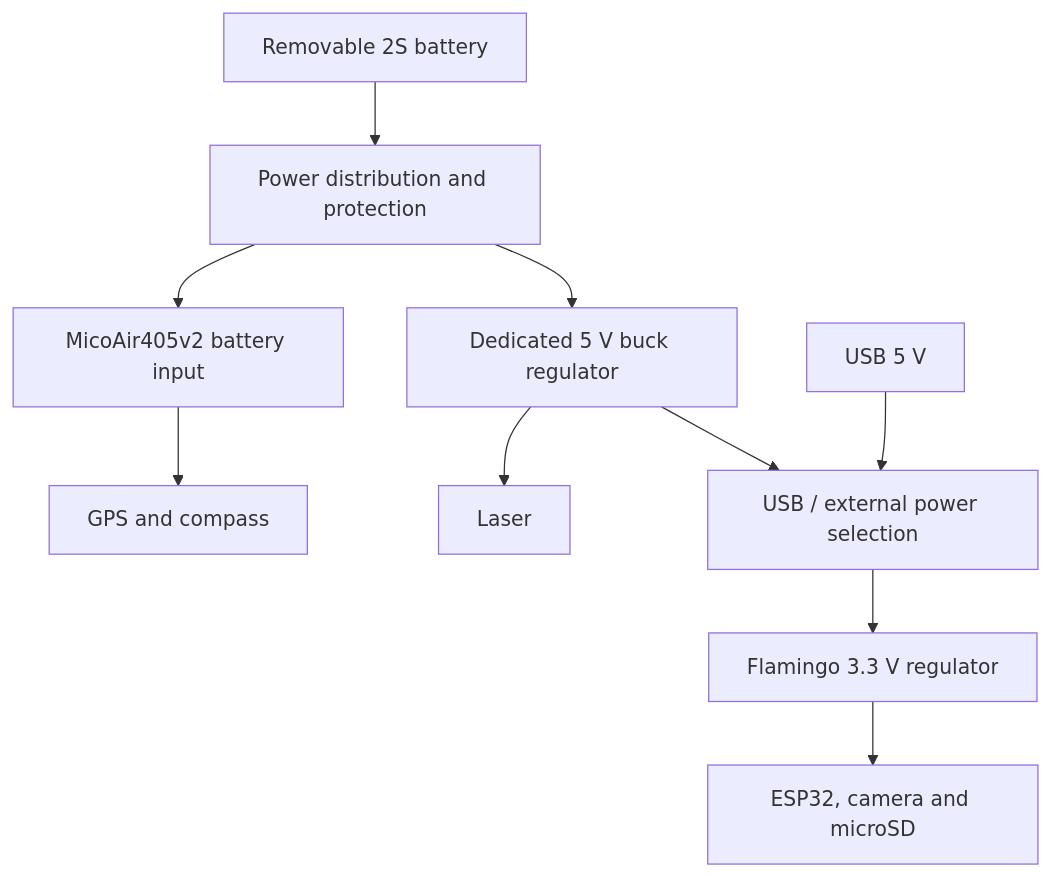
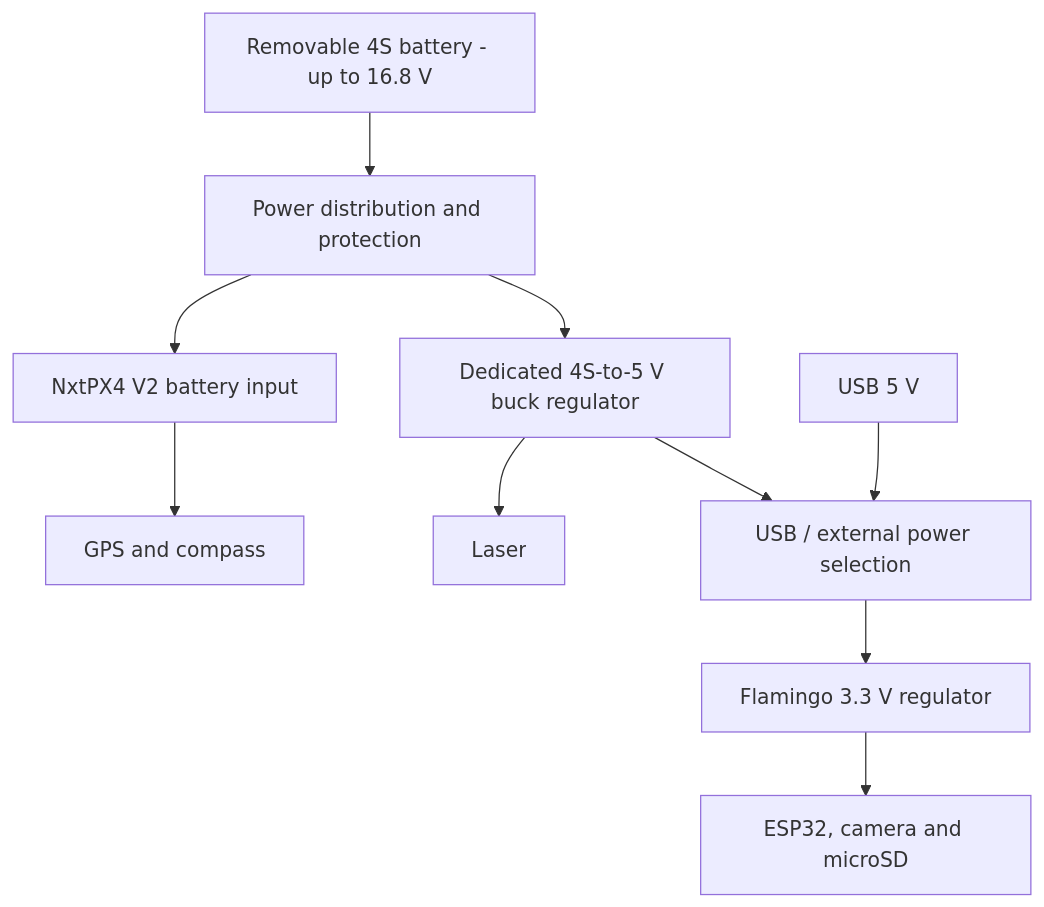
One commit to carnegie-mellon-rocket-command/payload-hw27-usli changed the diagram in Flamingo/COMPONENTS.md. Above: the diagram before and after it, drawn with Mermaid. The commit also changed other lines of this file and 1 other file, not shown here.

````diff
--- a/Flamingo/COMPONENTS.md
+++ b/Flamingo/COMPONENTS.md
@@ -21,12 +21,12 @@
 ```mermaid
 flowchart TD
-    B[Removable 2S battery] --> P[Power distribution and protection]
-    P --> FC[MicoAir405v2 battery input]
+    B[Removable 4S battery - up to 16.8 V] --> P[Power distribution and protection]
+    P --> FC[NxtPX4 V2 battery input]
     FC --> GPS[GPS and compass]
-    P --> V5[Dedicated 5 V buck regulator]
+    P --> V5[Dedicated 4S-to-5 V buck regulator]
     V5 --> L[Laser]
     V5 --> S[USB / external power selection]
     U[USB 5 V] --> S
     S --> V3[Flamingo 3.3 V regulator]
     V3 --> E[ESP32, camera and microSD]
 ```
````
